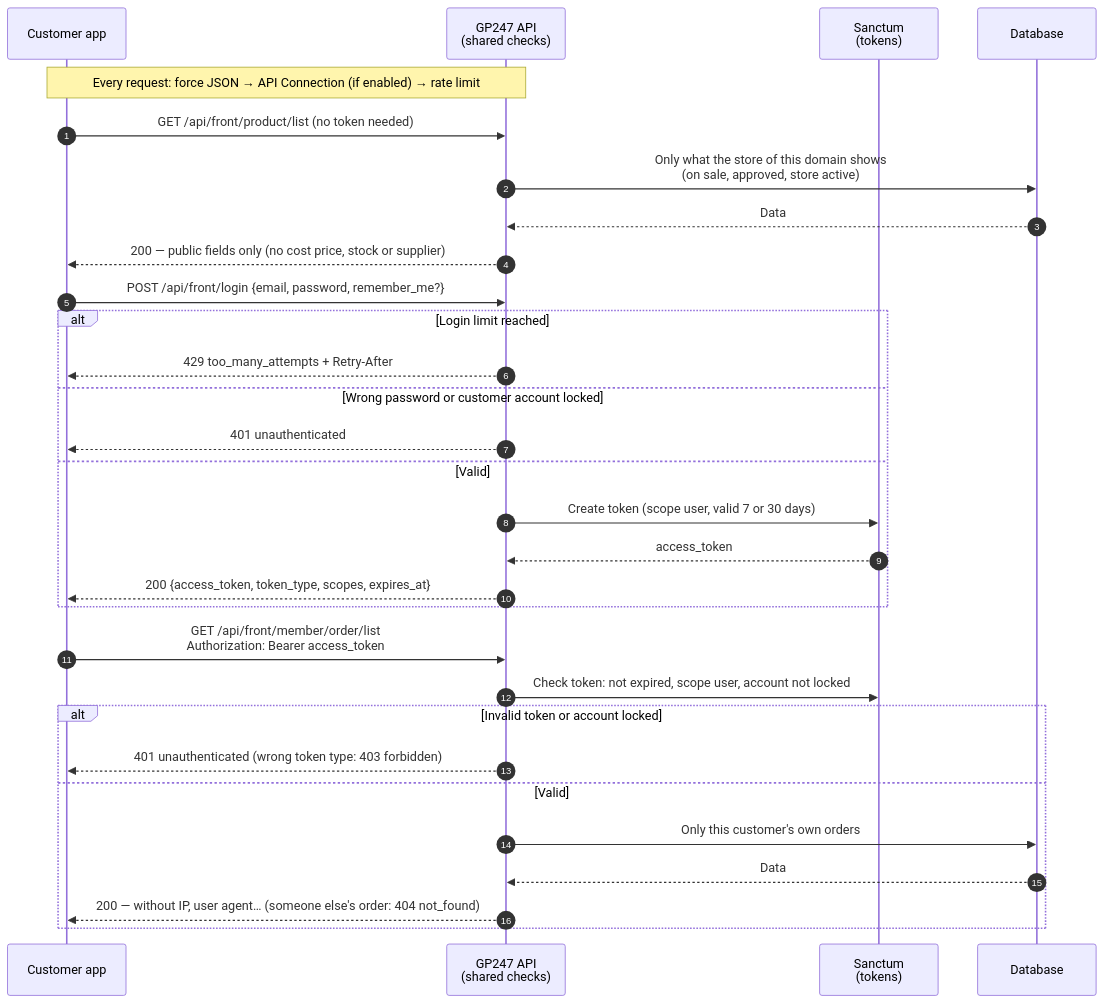
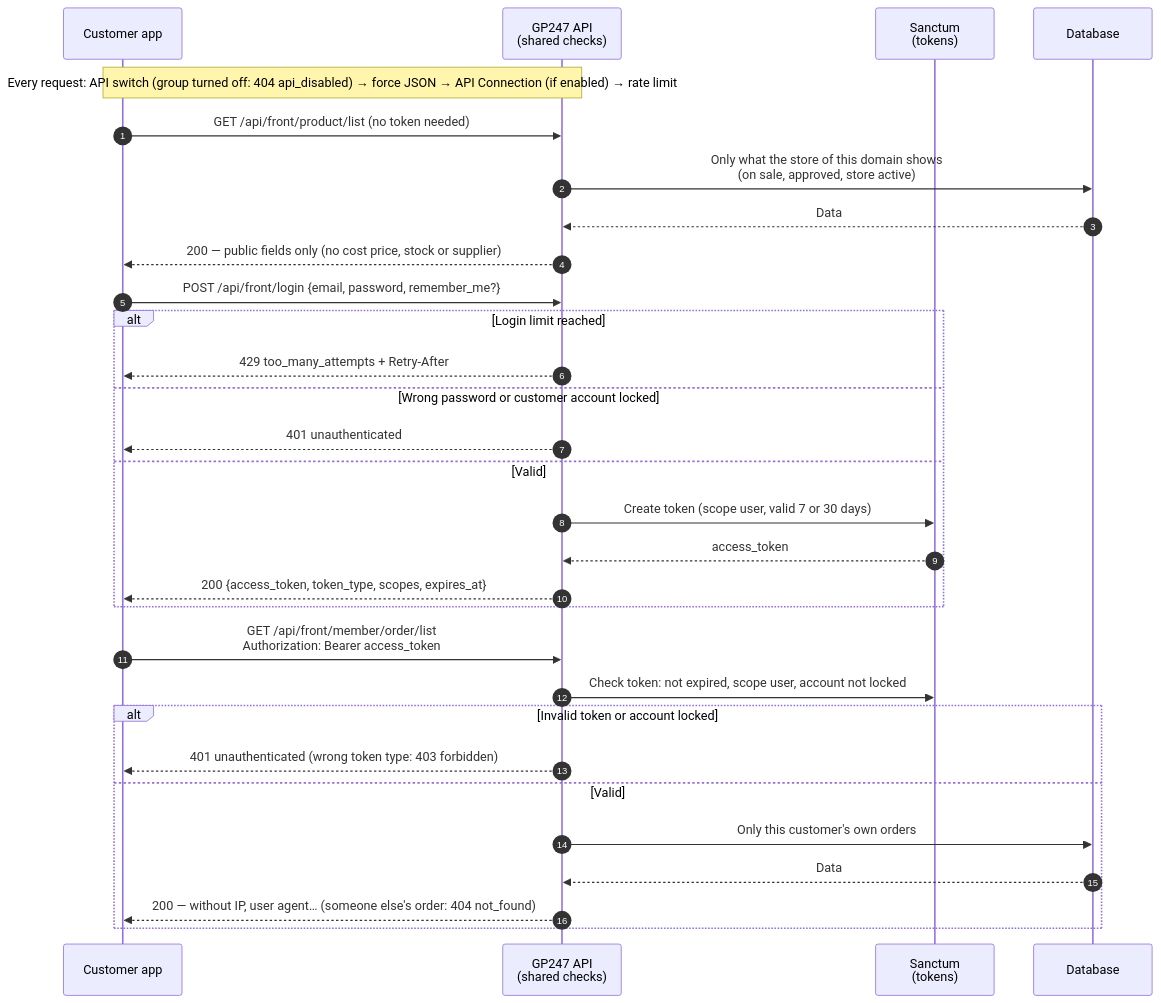
One commit to gp247net/gp247-docs changed the second of 2 diagrams in api/api-introduction.md. Above: the diagram before and after it, drawn with Mermaid. The commit also changed other lines of this file and 6 other files, not shown here.

First line of the commit message:
docs(api): turning the API on and off, X-Request-Id, legacy tokens (core 3.3.1 / 3.4.0)

````diff
--- a/api/api-introduction.md
+++ b/api/api-introduction.md
@@ -289,32 +299,32 @@
 ```mermaid
 sequenceDiagram
     autonumber
     participant K as Customer app
     participant M as GP247 API<br/>(shared checks)
     participant S as Sanctum<br/>(tokens)
     participant D as Database
-    Note over K,M: Every request: force JSON → API Connection (if enabled) → rate limit
+    Note over K,M: Every request: API switch (group turned off: 404 api_disabled) → force JSON → API Connection (if enabled) → rate limit
     K->>M: GET /api/front/product/list (no token needed)
     M->>D: Only what the store of this domain shows<br/>(on sale, approved, store active)
     D-->>M: Data
     M-->>K: 200 — public fields only (no cost price, stock or supplier)
     K->>M: POST /api/front/login {email, password, remember_me?}
     alt Login limit reached
         M-->>K: 429 too_many_attempts + Retry-After
     else Wrong password or customer account locked
         M-->>K: 401 unauthenticated
     else Valid
         M->>S: Create token (scope user, valid 7 or 30 days)
         S-->>M: access_token
         M-->>K: 200 {access_token, token_type, scopes, expires_at}
     end
     K->>M: GET /api/front/member/order/list<br/>Authorization: Bearer access_token
     M->>S: Check token: not expired, scope user, account not locked
     alt Invalid token or account locked
         M-->>K: 401 unauthenticated (wrong token type: 403 forbidden)
     else Valid
         M->>D: Only this customer's own orders
         D-->>M: Data
         M-->>K: 200 — without IP, user agent… (someone else's order: 404 not_found)
     end
 ```
````
